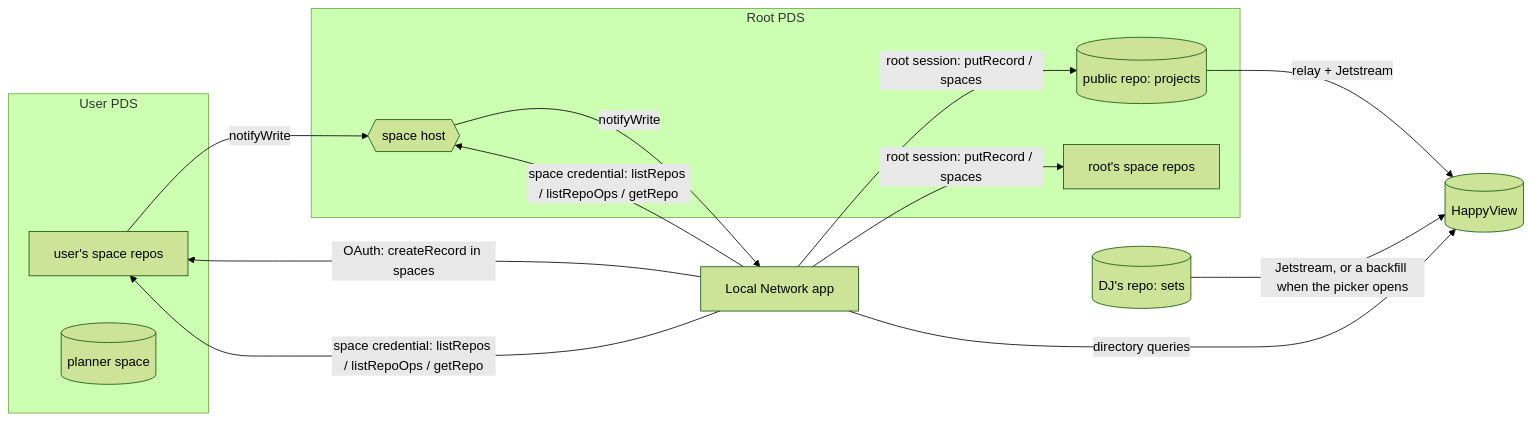
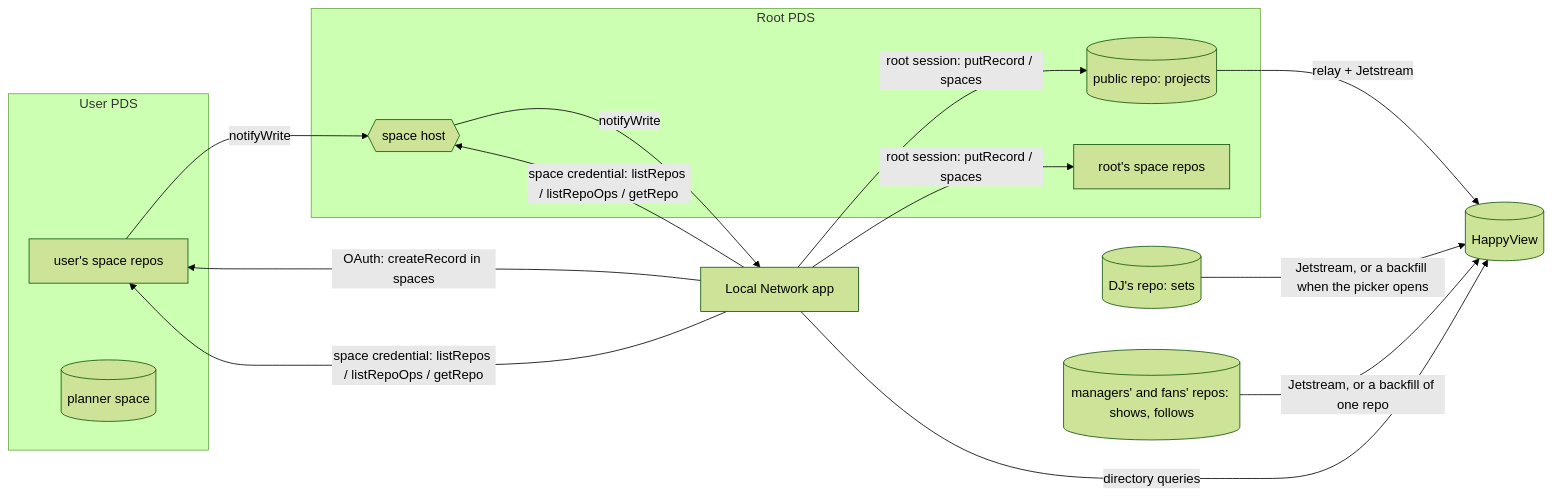
The diagram in apps/web/README.md (cutenode/localnetwork), drawn with Mermaid (forest theme) before and after one commit. The commit also changed other lines of this file and 84 other files, not shown here.

````diff
--- a/apps/web/README.md
+++ b/apps/web/README.md
@@ -69,21 +77,22 @@
 ```mermaid
 flowchart LR
   subgraph User PDS
     UR[user's space repos]
     PL[(planner space)]
   end
   subgraph Root PDS
     PUB[(public repo: projects)]
     RS[root's space repos]
     SH{{space host}}
   end
   App[Local Network app]
   App -- OAuth: createRecord in spaces --> UR
   App -- root session: putRecord / spaces --> PUB & RS
   UR -- notifyWrite --> SH
   SH -- notifyWrite --> App
   App -- space credential: listRepos / listRepoOps / getRepo --> SH & UR
   PUB -- relay + Jetstream --> HV[(HappyView)]
   SETS[(DJ's repo: sets)] -- Jetstream, or a backfill when the picker opens --> HV
+  FANS[(managers' and fans' repos: shows, follows)] -- Jetstream, or a backfill of one repo --> HV
   App -- directory queries --> HV
 ```
````
